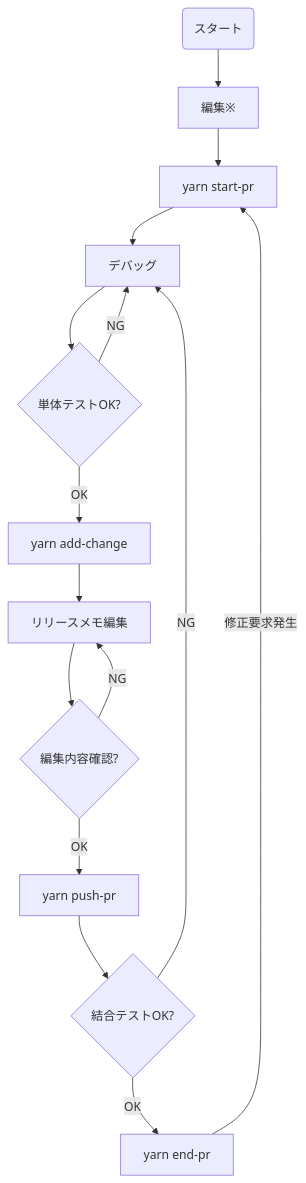
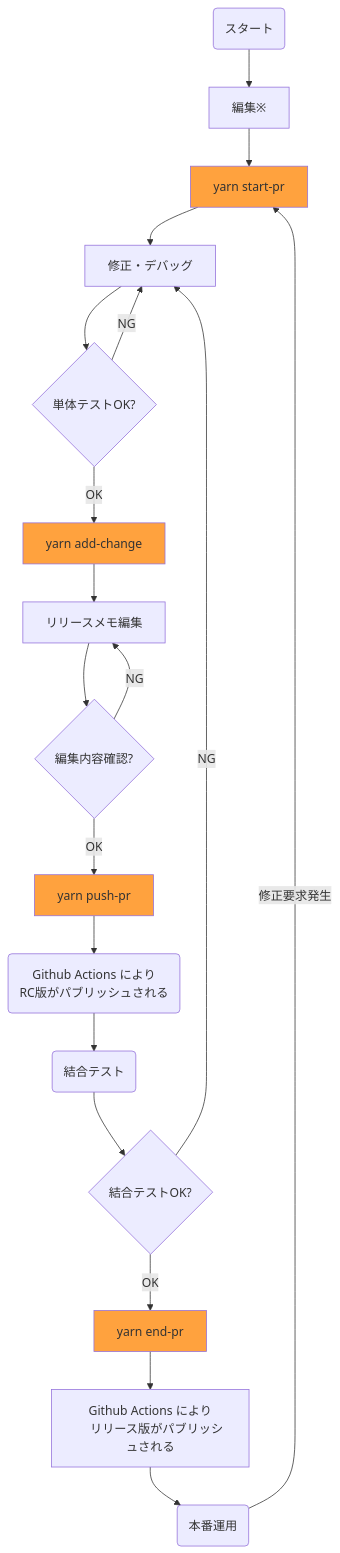
Before and after one commit to procube-open/cs-tools: the diagram in README.md, drawn with Mermaid. The commit also changed other lines of this file, not shown here.

Commit message:
modify document (#3)
* modify document

* Fix read sentence

````diff
--- a/README.md
+++ b/README.md
@@ -29,10 +29,19 @@
 ```mermaid
 graph TD;
-    A("スタート")-->B["編集※"]-->C["yarn start-pr"]-->D["デバッグ"]-->E{"単体テストOK?"}
+    A("スタート")-->B["編集※"]-->C["yarn start-pr"]-->D["修正・デバッグ"]-->E{"単体テストOK?"}
     E-->|"OK"| F["yarn add-change"]-->J["リリースメモ編集"]-->K{"編集内容確認?"}
-    K-->|"OK"|I["yarn push-pr"]-->G{"結合テストOK?"}
+    K-->|"OK"|I["yarn push-pr"]
+    I-->L("Github Actions により
+    RC版がパブリッシュされる")-->O("結合テスト")-->G{"結合テストOK?"}
     K-->|"NG"| J
     E-->|"NG"| D
-    G-->|"OK"| H["yarn end-pr"]-->|"修正要求発生"|C
+    G-->|"OK"| H["yarn end-pr"]
+    H-->M["Github Actions により
+    リリース版がパブリッシュされる"]
+    M-->N("本番運用")-->|"修正要求発生"|C
     G-->|"NG"| D
+    style C fill:#ffa23e
+    style F fill:#ffa23e
+    style I fill:#ffa23e
+    style H fill:#ffa23e
 ```
````
